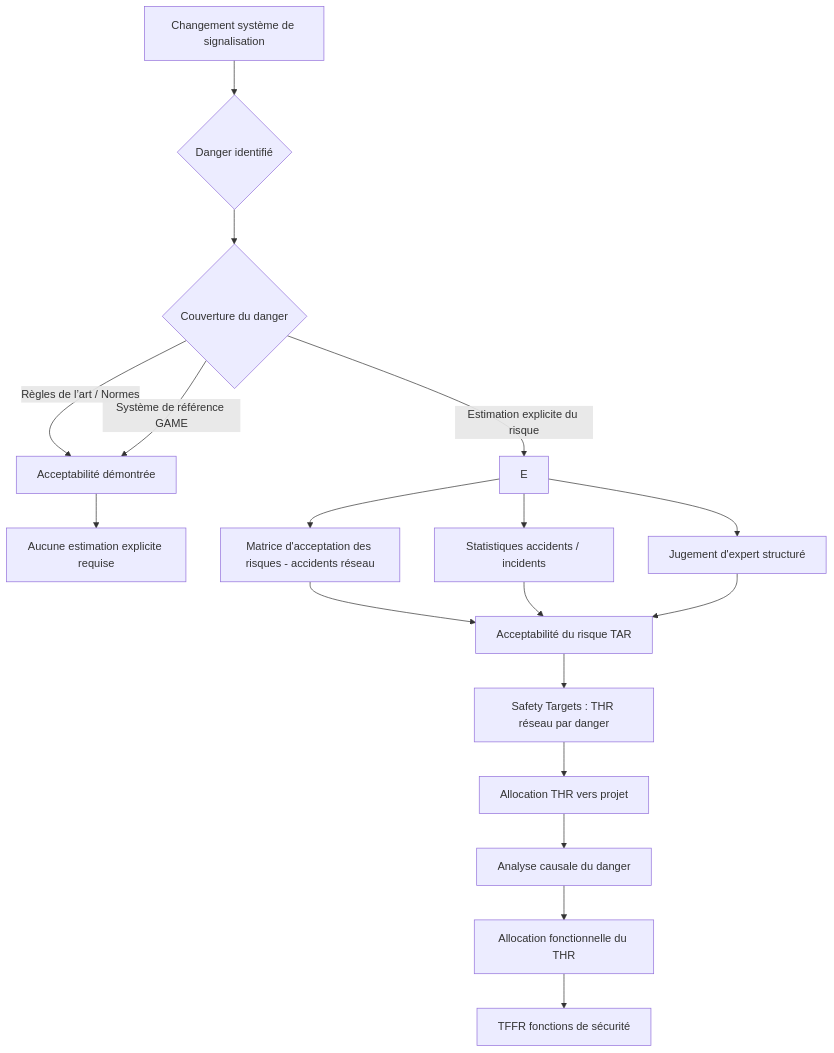
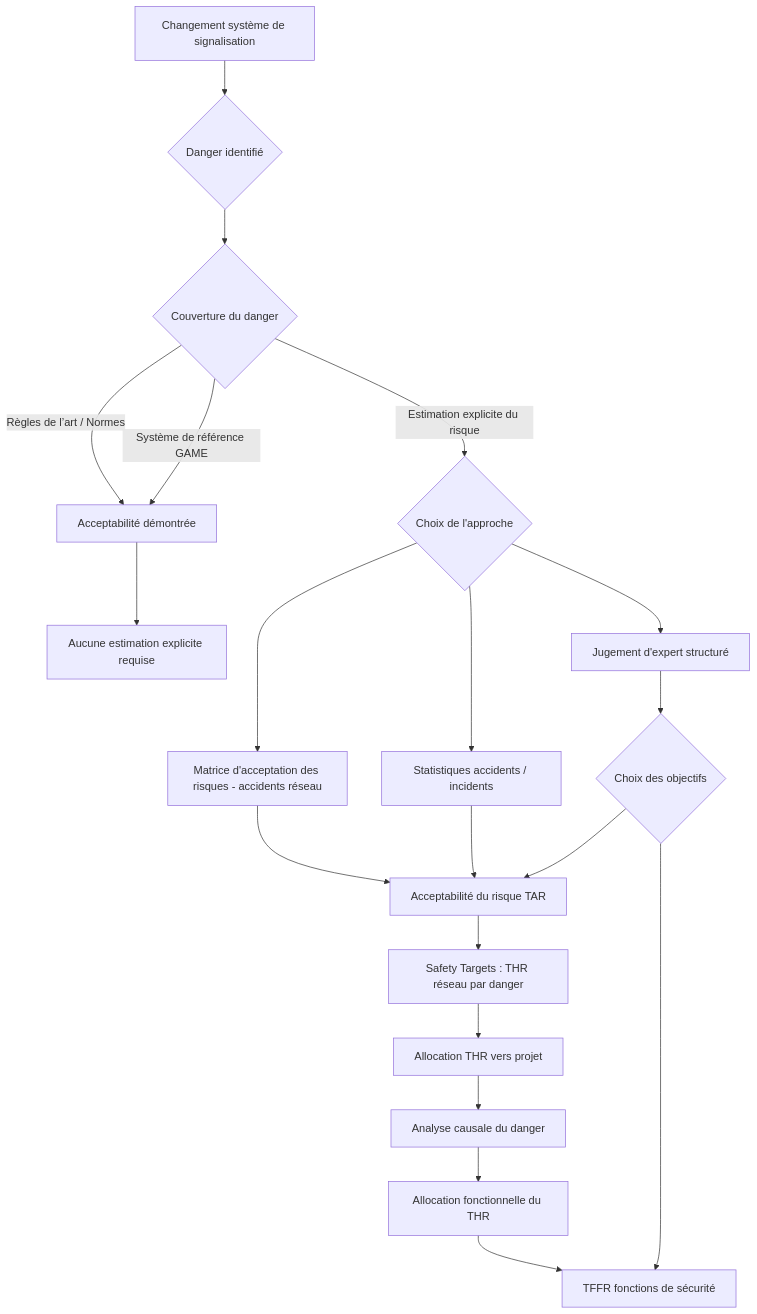
Before and after one commit to e-baron/rail: the diagram in diagrams/acceptabilityCriteria.md, drawn with Mermaid. The commit also changed other lines of this file, not shown here.

````diff
--- a/diagrams/acceptabilityCriteria.md
+++ b/diagrams/acceptabilityCriteria.md
@@ -182,30 +83,32 @@
 ```mermaid
 flowchart TD
 
     A[Changement système de signalisation]
 
     A --> B{Danger identifié}
     B --> C{Couverture du danger}
 
     C -->|Règles de l’art / Normes| D1[Acceptabilité démontrée]
     C -->|Système de référence GAME| D1
 
     D1 --> Z[Aucune estimation explicite requise]
 
-    C -->|Estimation explicite du risque| E
-
+    C -->|Estimation explicite du risque| E{Choix de l'approche}
     E --> E1[Matrice d'acceptation des risques - accidents réseau]
     E --> E2[Statistiques accidents / incidents]
     E --> E3[Jugement d'expert structuré]
 
     E1 --> F[Acceptabilité du risque TAR]
     E2 --> F
-    E3 --> F
+    E3 --> CH{Choix des objectifs}
 
     F --> G[Safety Targets : THR réseau par danger]
 
     G --> H[Allocation THR vers projet]
     H --> I[Analyse causale du danger]
     I --> J[Allocation fonctionnelle du THR]
     J --> K[TFFR fonctions de sécurité]
+
+    CH --> F
+    CH --> K
 ```
````
